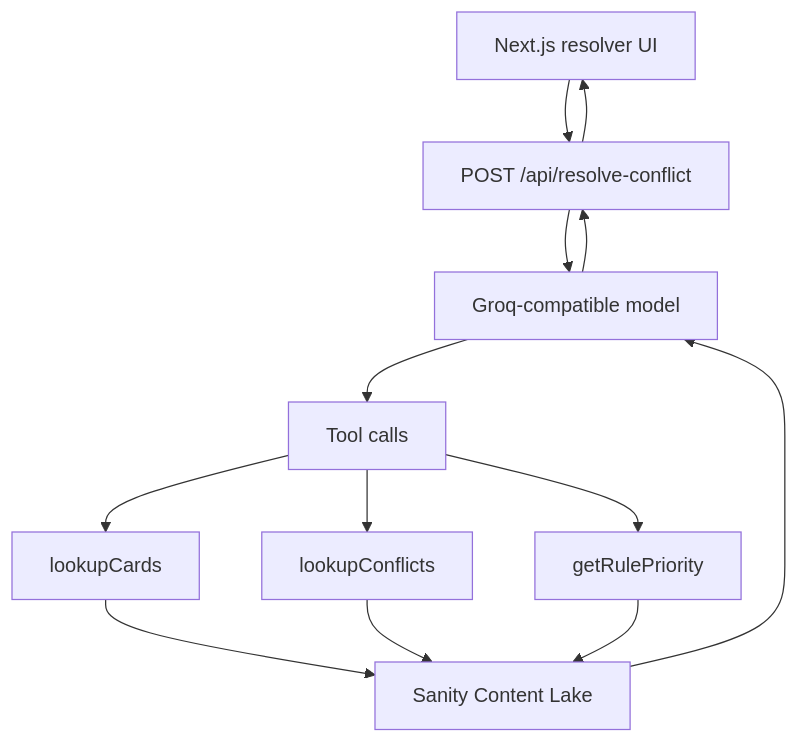
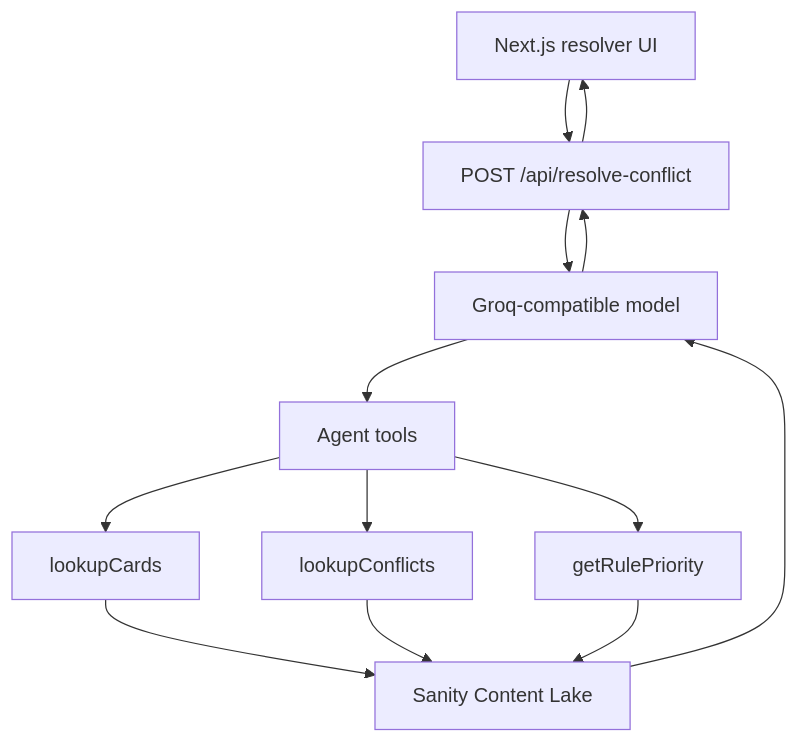
Before and after one commit to GulrezQayyum/boardgame-rule-agent: the diagram in README.md, drawn with Mermaid. The commit also changed other lines of this file, not shown here.

````diff
--- a/README.md
+++ b/README.md
@@ -37,15 +67,15 @@
 ```mermaid
 flowchart TD
-		UI[Next.js resolver UI] --> API[POST /api/resolve-conflict]
-		API --> Agent[Groq-compatible model]
-		Agent --> Tools[Tool calls]
-		Tools --> Cards[lookupCards]
-		Tools --> Conflicts[lookupConflicts]
-		Tools --> Rules[getRulePriority]
-		Cards --> Sanity[Sanity Content Lake]
-		Conflicts --> Sanity
-		Rules --> Sanity
-		Sanity --> Agent
-		Agent --> API
-		API --> UI
+    UI[Next.js resolver UI] --> API[POST /api/resolve-conflict]
+    API --> Agent[Groq-compatible model]
+    Agent --> Tools[Agent tools]
+    Tools --> Cards[lookupCards]
+    Tools --> Conflicts[lookupConflicts]
+    Tools --> Rules[getRulePriority]
+    Cards --> Sanity[Sanity Content Lake]
+    Conflicts --> Sanity
+    Rules --> Sanity
+    Sanity --> Agent
+    Agent --> API
+    API --> UI
 ```
````
